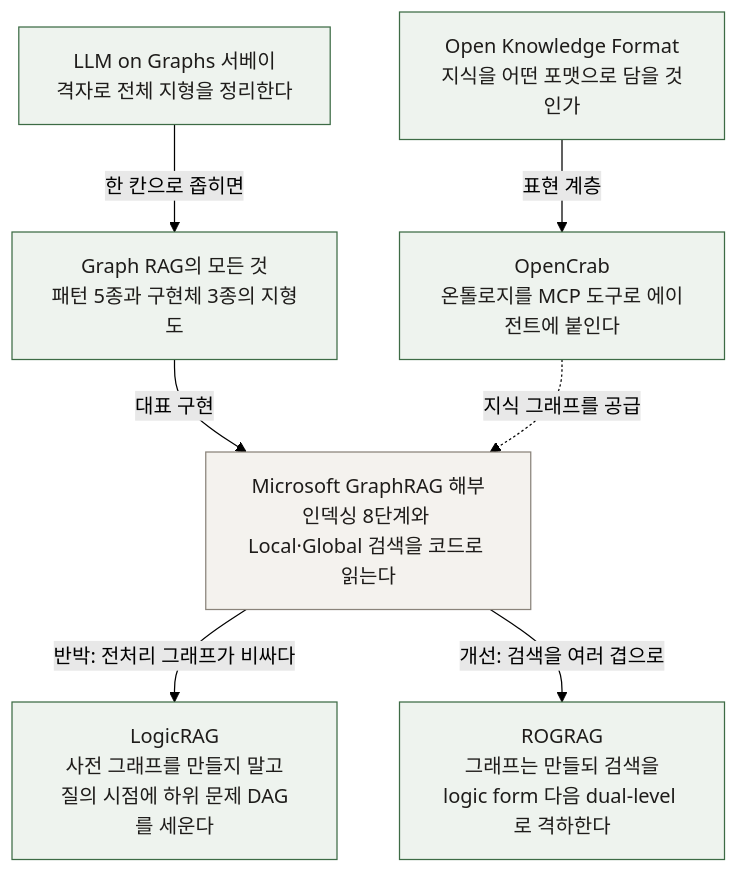
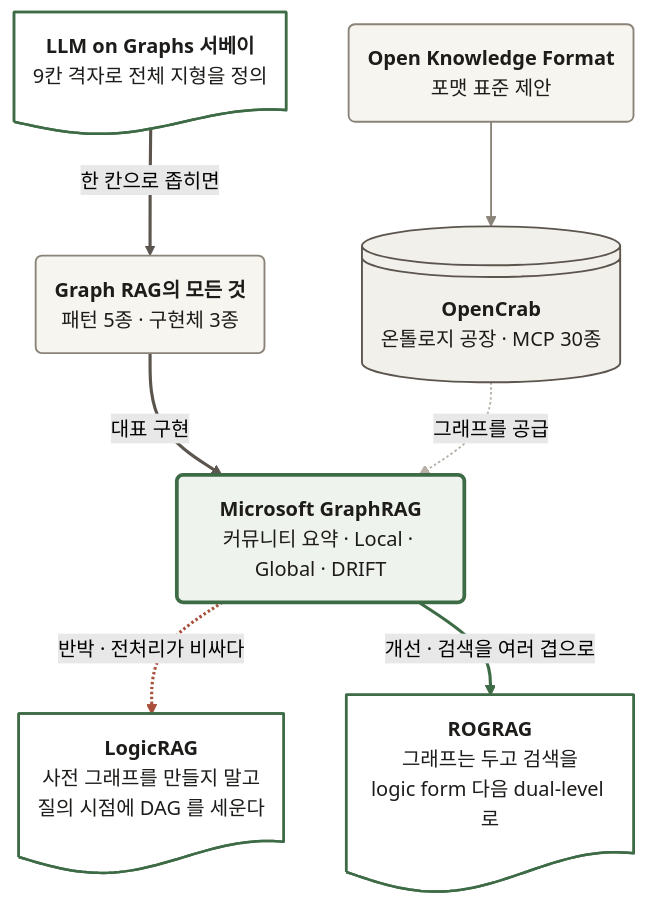
Before and after one commit to workdd/I_AM_ML_Engineer: the second of 3 diagrams in readings/_maps/graphrag_지식지도.md, drawn with Mermaid (forest theme). The commit also changed other lines of this file and 1 other file, not shown here.

First line of the commit message:
docs: 다이어그램을 Mermaid 고급 문법으로 다시 그림

````diff
--- a/readings/_maps/graphrag_지식지도.md
+++ b/readings/_maps/graphrag_지식지도.md
@@ -30,22 +56,32 @@
 ```mermaid
 flowchart TB
-    survey["LLM on Graphs 서베이<br/>격자로 전체 지형을 정리한다"]
-    landscape["Graph RAG의 모든 것<br/>패턴 5종과 구현체 3종의 지형도"]
-    ms["Microsoft GraphRAG 해부<br/>인덱싱 8단계와 Local·Global 검색을 코드로 읽는다"]
-    logic["LogicRAG<br/>사전 그래프를 만들지 말고<br/>질의 시점에 하위 문제 DAG를 세운다"]
-    rog["ROGRAG<br/>그래프는 만들되 검색을<br/>logic form 다음 dual-level 로 격하한다"]
-    okf["Open Knowledge Format<br/>지식을 어떤 포맷으로 담을 것인가"]
-    crab["OpenCrab<br/>온톨로지를 MCP 도구로 에이전트에 붙인다"]
+  SUR@{ shape: doc, label: "**LLM on Graphs 서베이**<br/>9칸 격자로 전체 지형을 정의" }
+  LAND@{ shape: rounded, label: "**Graph RAG의 모든 것**<br/>패턴 5종 · 구현체 3종" }
+  MS@{ shape: rounded, label: "**Microsoft GraphRAG**<br/>커뮤니티 요약 · Local · Global · DRIFT" }
+  LOGIC@{ shape: doc, label: "**LogicRAG**<br/>사전 그래프를 만들지 말고<br/>질의 시점에 DAG 를 세운다" }
+  ROG@{ shape: doc, label: "**ROGRAG**<br/>그래프는 두고 검색을<br/>logic form 다음 dual-level 로" }
+  OKF@{ shape: rounded, label: "**Open Knowledge Format**<br/>포맷 표준 제안" }
+  CRAB@{ shape: lin-cyl, label: "**OpenCrab**<br/>온톨로지 공장 · MCP 30종" }
 
-    survey -->|"한 칸으로 좁히면"| landscape
-    landscape -->|"대표 구현"| ms
-    ms -->|"반박: 전처리 그래프가 비싸다"| logic
-    ms -->|"개선: 검색을 여러 겹으로"| rog
-    okf -->|"표현 계층"| crab
-    crab -.->|"지식 그래프를 공급"| ms
+  SUR ==>|"한 칸으로 좁히면"| LAND
+  LAND ==>|"대표 구현"| MS
+  MS -.->|"반박 · 전처리가 비싸다"| LOGIC
+  MS -->|"개선 · 검색을 여러 겹으로"| ROG
+  OKF --> CRAB
+  CRAB -.->|"그래프를 공급"| MS
 
-    classDef read fill:#eef3ee,stroke:#3d6b45,color:#1e1c1a
-    classDef base fill:#f4f2ee,stroke:#8a837a,color:#1e1c1a
-    class survey,landscape,logic,rog,okf,crab read
-    class ms base
+  linkStyle 0,1 stroke:#5b554e,stroke-width:2.5px
+  linkStyle 2 stroke:#a8503c,stroke-width:2.5px
+  linkStyle 3 stroke:#3d6b45,stroke-width:2.5px
+  linkStyle 4 stroke:#8a837a,stroke-width:1.5px
+  linkStyle 5 stroke:#b6b0a6,stroke-width:1.5px
+
+  classDef paper fill:#ffffff,stroke:#3d6b45,stroke-width:2px,color:#1e1c1a
+  classDef blog  fill:#f7f5f0,stroke:#8a837a,stroke-width:1.5px,color:#1e1c1a
+  classDef repo  fill:#f2f0ea,stroke:#5b554e,stroke-width:1.5px,color:#1e1c1a
+  classDef base  fill:#eef3ee,stroke:#3d6b45,stroke-width:3px,color:#1e1c1a
+  class SUR,LOGIC,ROG paper
+  class LAND,OKF blog
+  class CRAB repo
+  class MS base
 ```
````
